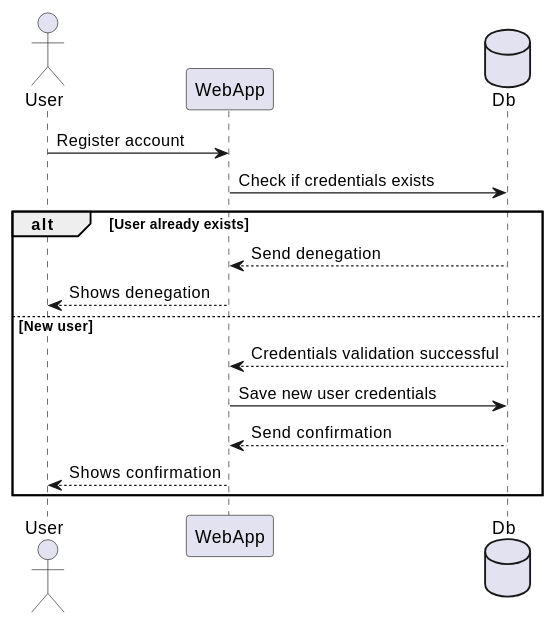
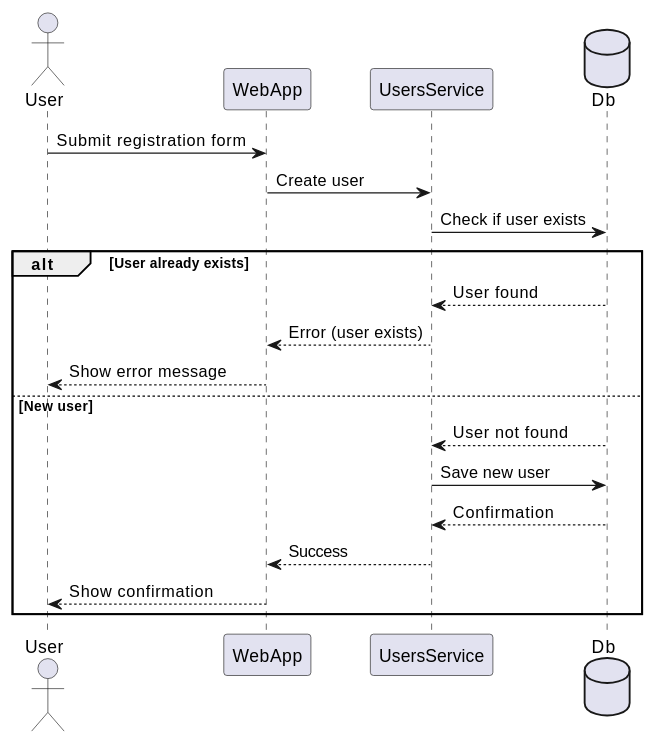
The third of 3 diagrams in docs/src/06_runtime_view.adoc (Arquisoft/yovi_es1a), drawn with PlantUML before and after one commit. The commit also changed other lines of this file, not shown here.

```diff
--- a/docs/src/06_runtime_view.adoc
+++ b/docs/src/06_runtime_view.adoc
@@ -114,20 +128,24 @@
 [plantuml]
 ----
 @startuml
 actor User
 participant WebApp
+participant UsersService
 database Db
 
-User -> WebApp: Register account
-WebApp -> Db: Check if credentials exists
+User -> WebApp: Submit registration form
+WebApp -> UsersService: Create user
+UsersService -> Db: Check if user exists
 alt User already exists
-    Db --> WebApp: Send denegation
-    WebApp --> User: Shows denegation
+    Db --> UsersService: User found
+    UsersService --> WebApp: Error (user exists)
+    WebApp --> User: Show error message
 else New user
-    Db --> WebApp: Credentials validation successful
-    WebApp -> Db: Save new user credentials
-    Db --> WebApp: Send confirmation
-    WebApp --> User: Shows confirmation
+    Db --> UsersService: User not found
+    UsersService -> Db: Save new user
+    Db --> UsersService: Confirmation
+    UsersService --> WebApp: Success
+    WebApp --> User: Show confirmation
 end
 @enduml
 ----
```
